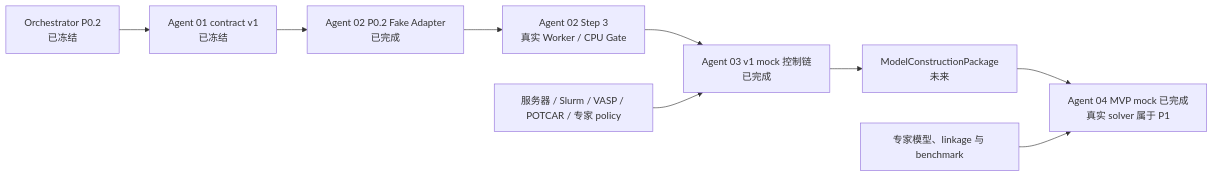
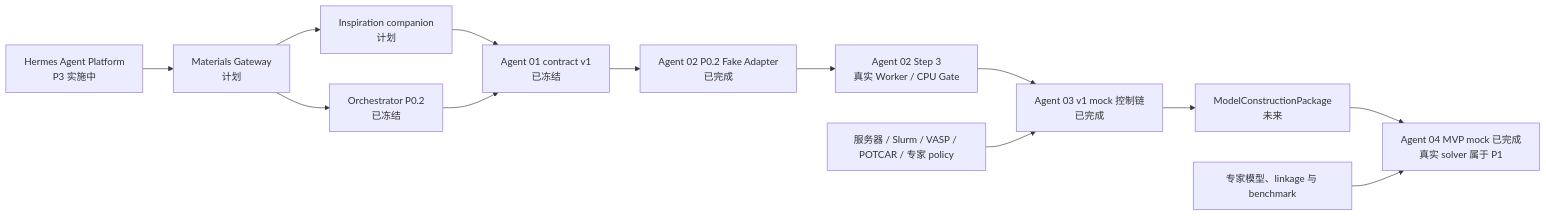
One commit to chimeraHHH/materials_screening_agent_hermes changed the diagram in plans/master.md. Above: the diagram before and after it, drawn with Mermaid. The commit also changed other lines of this file and 6 other files, not shown here.

Commit message:
Plan Hermes inspiration architecture

````diff
--- a/plans/master.md
+++ b/plans/master.md
@@ -371,11 +401,15 @@
 ```mermaid
 flowchart LR
+    H["Hermes Agent Platform<br/>P3 实施中"] --> G["Materials Gateway<br/>计划"]
+    G --> I["Inspiration companion<br/>计划"]
+    G --> O["Orchestrator P0.2<br/>已冻结"]
+    I --> A1
     O["Orchestrator P0.2<br/>已冻结"] --> A1["Agent 01 contract v1<br/>已冻结"]
     A1 --> A2["Agent 02 P0.2 Fake Adapter<br/>已完成"]
     A2 --> ML["Agent 02 Step 3<br/>真实 Worker / CPU Gate"]
     ML --> A3["Agent 03 v1 mock 控制链<br/>已完成"]
     A3 --> MCP["ModelConstructionPackage<br/>未来"]
     MCP --> A4["Agent 04 MVP mock 已完成<br/>真实 solver 属于 P1"]
     INF["服务器 / Slurm / VASP / POTCAR / 专家 policy"] --> A3
     EXP["专家模型、linkage 与 benchmark"] --> A4
 ```
````
